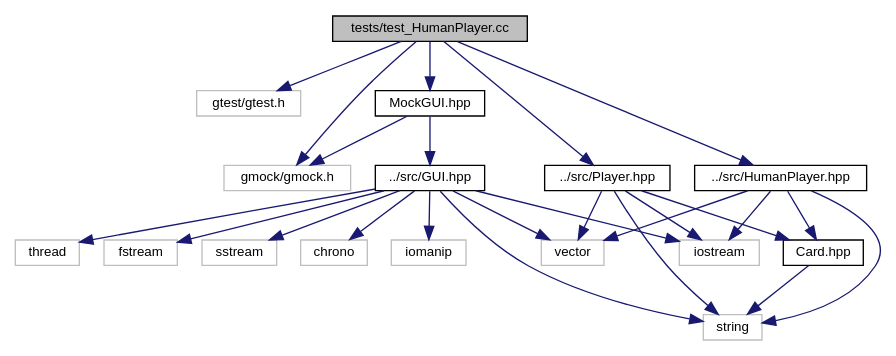
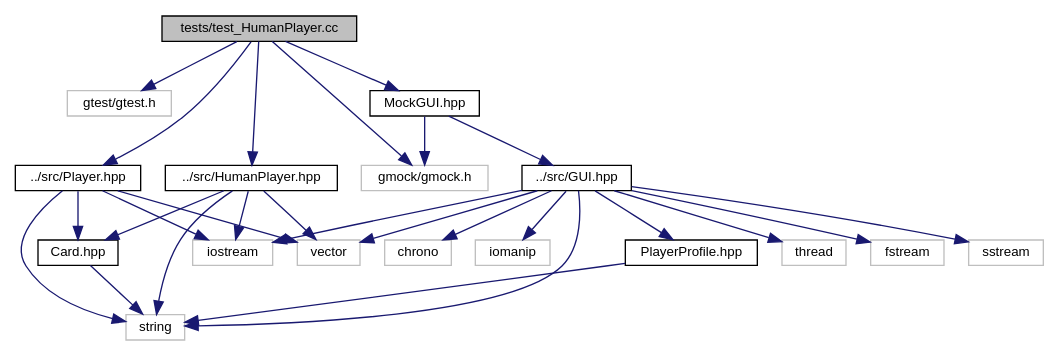
Before and after one commit to jesstyrrell/cosc345: the diagram in test___human_player_8cc__incl.dot, drawn with Graphviz. The commit also changed 229 other files, not shown here.

```diff
--- a/test___human_player_8cc__incl.dot
+++ b/test___human_player_8cc__incl.dot
@@ -1,47 +1,50 @@
 digraph "tests/test_HumanPlayer.cc"
 {
  // INTERACTIVE_SVG=YES
  // LATEX_PDF_SIZE
   edge [fontname="Helvetica",fontsize="10",labelfontname="Helvetica",labelfontsize="10"];
   node [fontname="Helvetica",fontsize="10",shape=record];
   Node1 [label="tests/test_HumanPlayer.cc",height=0.2,width=0.4,color="black", fillcolor="grey75", style="filled", fontcolor="black",tooltip=" "];
   Node1 -> Node2 [color="midnightblue",fontsize="10",style="solid",fontname="Helvetica"];
   Node2 [label="gtest/gtest.h",height=0.2,width=0.4,color="grey75", fillcolor="white", style="filled",tooltip=" "];
   Node1 -> Node3 [color="midnightblue",fontsize="10",style="solid",fontname="Helvetica"];
   Node3 [label="gmock/gmock.h",height=0.2,width=0.4,color="grey75", fillcolor="white", style="filled",tooltip=" "];
   Node1 -> Node4 [color="midnightblue",fontsize="10",style="solid",fontname="Helvetica"];
   Node4 [label="MockGUI.hpp",height=0.2,width=0.4,color="black", fillcolor="white", style="filled",URL="$_mock_g_u_i_8hpp.html",tooltip=" "];
   Node4 -> Node3 [color="midnightblue",fontsize="10",style="solid",fontname="Helvetica"];
   Node4 -> Node5 [color="midnightblue",fontsize="10",style="solid",fontname="Helvetica"];
   Node5 [label="../src/GUI.hpp",height=0.2,width=0.4,color="black", fillcolor="white", style="filled",URL="$_g_u_i_8hpp.html",tooltip=" "];
   Node5 -> Node6 [color="midnightblue",fontsize="10",style="solid",fontname="Helvetica"];
   Node6 [label="iostream",height=0.2,width=0.4,color="grey75", fillcolor="white", style="filled",tooltip=" "];
   Node5 -> Node7 [color="midnightblue",fontsize="10",style="solid",fontname="Helvetica"];
   Node7 [label="string",height=0.2,width=0.4,color="grey75", fillcolor="white", style="filled",tooltip=" "];
   Node5 -> Node8 [color="midnightblue",fontsize="10",style="solid",fontname="Helvetica"];
   Node8 [label="vector",height=0.2,width=0.4,color="grey75", fillcolor="white", style="filled",tooltip=" "];
   Node5 -> Node9 [color="midnightblue",fontsize="10",style="solid",fontname="Helvetica"];
   Node9 [label="thread",height=0.2,width=0.4,color="grey75", fillcolor="white", style="filled",tooltip=" "];
   Node5 -> Node10 [color="midnightblue",fontsize="10",style="solid",fontname="Helvetica"];
   Node10 [label="fstream",height=0.2,width=0.4,color="grey75", fillcolor="white", style="filled",tooltip=" "];
   Node5 -> Node11 [color="midnightblue",fontsize="10",style="solid",fontname="Helvetica"];
   Node11 [label="sstream",height=0.2,width=0.4,color="grey75", fillcolor="white", style="filled",tooltip=" "];
   Node5 -> Node12 [color="midnightblue",fontsize="10",style="solid",fontname="Helvetica"];
   Node12 [label="chrono",height=0.2,width=0.4,color="grey75", fillcolor="white", style="filled",tooltip=" "];
   Node5 -> Node13 [color="midnightblue",fontsize="10",style="solid",fontname="Helvetica"];
   Node13 [label="iomanip",height=0.2,width=0.4,color="grey75", fillcolor="white", style="filled",tooltip=" "];
-  Node1 -> Node14 [color="midnightblue",fontsize="10",style="solid",fontname="Helvetica"];
-  Node14 [label="../src/HumanPlayer.hpp",height=0.2,width=0.4,color="black", fillcolor="white", style="filled",URL="$_human_player_8hpp.html",tooltip=" "];
-  Node14 -> Node6 [color="midnightblue",fontsize="10",style="solid",fontname="Helvetica"];
-  Node14 -> Node8 [color="midnightblue",fontsize="10",style="solid",fontname="Helvetica"];
+  Node5 -> Node14 [color="midnightblue",fontsize="10",style="solid",fontname="Helvetica"];
+  Node14 [label="PlayerProfile.hpp",height=0.2,width=0.4,color="black", fillcolor="white", style="filled",URL="$_player_profile_8hpp.html",tooltip=" "];
   Node14 -> Node7 [color="midnightblue",fontsize="10",style="solid",fontname="Helvetica"];
-  Node14 -> Node15 [color="midnightblue",fontsize="10",style="solid",fontname="Helvetica"];
-  Node15 [label="Card.hpp",height=0.2,width=0.4,color="black", fillcolor="white", style="filled",URL="$_card_8hpp.html",tooltip=" "];
+  Node1 -> Node15 [color="midnightblue",fontsize="10",style="solid",fontname="Helvetica"];
+  Node15 [label="../src/HumanPlayer.hpp",height=0.2,width=0.4,color="black", fillcolor="white", style="filled",URL="$_human_player_8hpp.html",tooltip=" "];
+  Node15 -> Node6 [color="midnightblue",fontsize="10",style="solid",fontname="Helvetica"];
+  Node15 -> Node8 [color="midnightblue",fontsize="10",style="solid",fontname="Helvetica"];
   Node15 -> Node7 [color="midnightblue",fontsize="10",style="solid",fontname="Helvetica"];
-  Node1 -> Node16 [color="midnightblue",fontsize="10",style="solid",fontname="Helvetica"];
-  Node16 [label="../src/Player.hpp",height=0.2,width=0.4,color="black", fillcolor="white", style="filled",URL="$_player_8hpp.html",tooltip=" "];
-  Node16 -> Node6 [color="midnightblue",fontsize="10",style="solid",fontname="Helvetica"];
-  Node16 -> Node8 [color="midnightblue",fontsize="10",style="solid",fontname="Helvetica"];
+  Node15 -> Node16 [color="midnightblue",fontsize="10",style="solid",fontname="Helvetica"];
+  Node16 [label="Card.hpp",height=0.2,width=0.4,color="black", fillcolor="white", style="filled",URL="$_card_8hpp.html",tooltip=" "];
   Node16 -> Node7 [color="midnightblue",fontsize="10",style="solid",fontname="Helvetica"];
-  Node16 -> Node15 [color="midnightblue",fontsize="10",style="solid",fontname="Helvetica"];
+  Node1 -> Node17 [color="midnightblue",fontsize="10",style="solid",fontname="Helvetica"];
+  Node17 [label="../src/Player.hpp",height=0.2,width=0.4,color="black", fillcolor="white", style="filled",URL="$_player_8hpp.html",tooltip=" "];
+  Node17 -> Node6 [color="midnightblue",fontsize="10",style="solid",fontname="Helvetica"];
+  Node17 -> Node8 [color="midnightblue",fontsize="10",style="solid",fontname="Helvetica"];
+  Node17 -> Node7 [color="midnightblue",fontsize="10",style="solid",fontname="Helvetica"];
+  Node17 -> Node16 [color="midnightblue",fontsize="10",style="solid",fontname="Helvetica"];
 }
```
